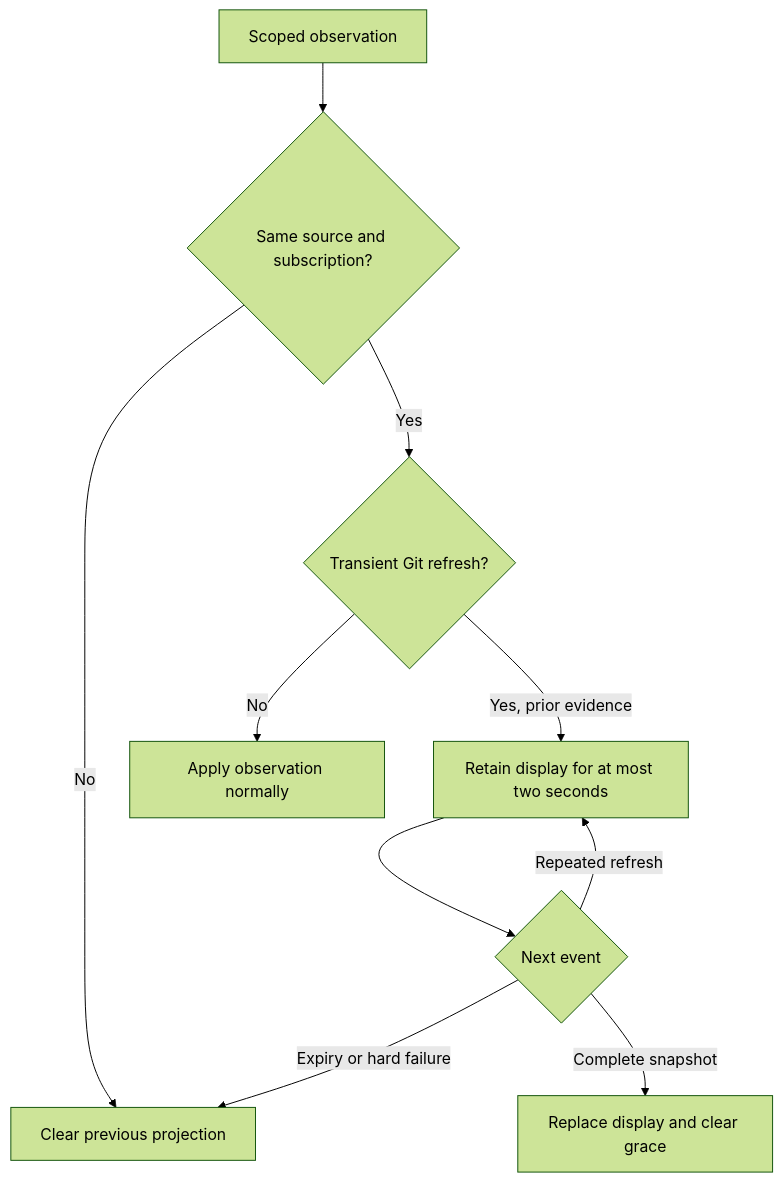
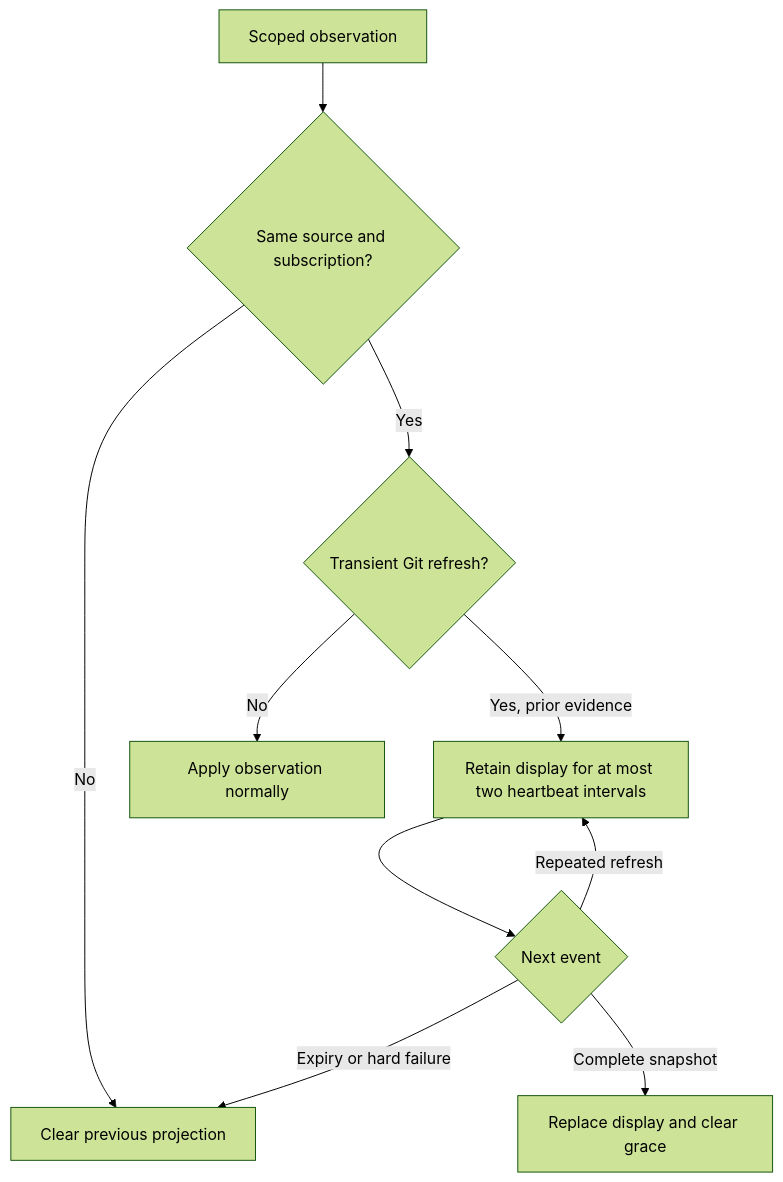
Before and after one commit to pidster/asura: the second of 2 diagrams in docs/designs/context-observations.md, drawn with Mermaid (forest theme). The commit also changed other lines of this file and 39 other files, not shown here.

````diff
--- a/docs/designs/context-observations.md
+++ b/docs/designs/context-observations.md
@@ -324,12 +339,12 @@
 ```mermaid
 flowchart TD
     Event[Scoped observation] --> Scope{Same source and subscription?}
     Scope -->|No| Clear[Clear previous projection]
     Scope -->|Yes| Refresh{Transient Git refresh?}
-    Refresh -->|Yes, prior evidence| Hold[Retain display for at most two seconds]
+    Refresh -->|Yes, prior evidence| Hold[Retain display for at most two heartbeat intervals]
     Hold --> Done{Next event}
     Done -->|Complete snapshot| Replace[Replace display and clear grace]
     Done -->|Repeated refresh| Hold
     Done -->|Expiry or hard failure| Clear
     Refresh -->|No| Apply[Apply observation normally]
 ```
````
